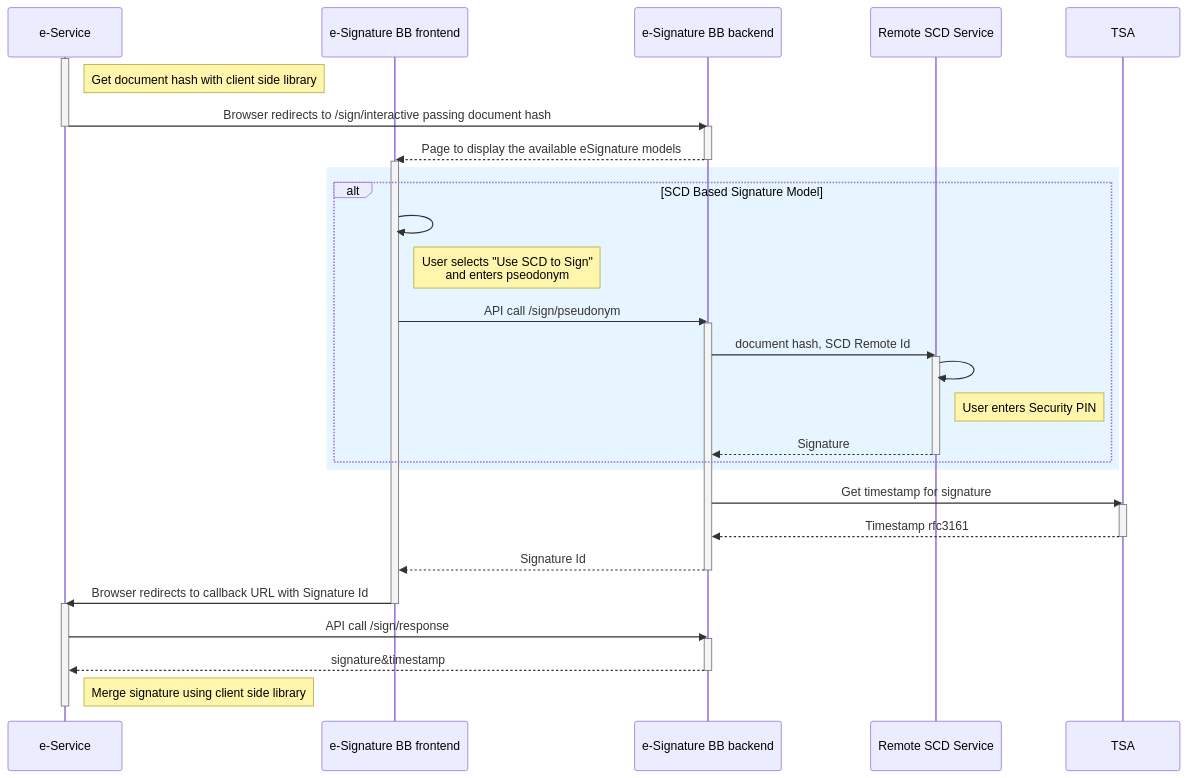
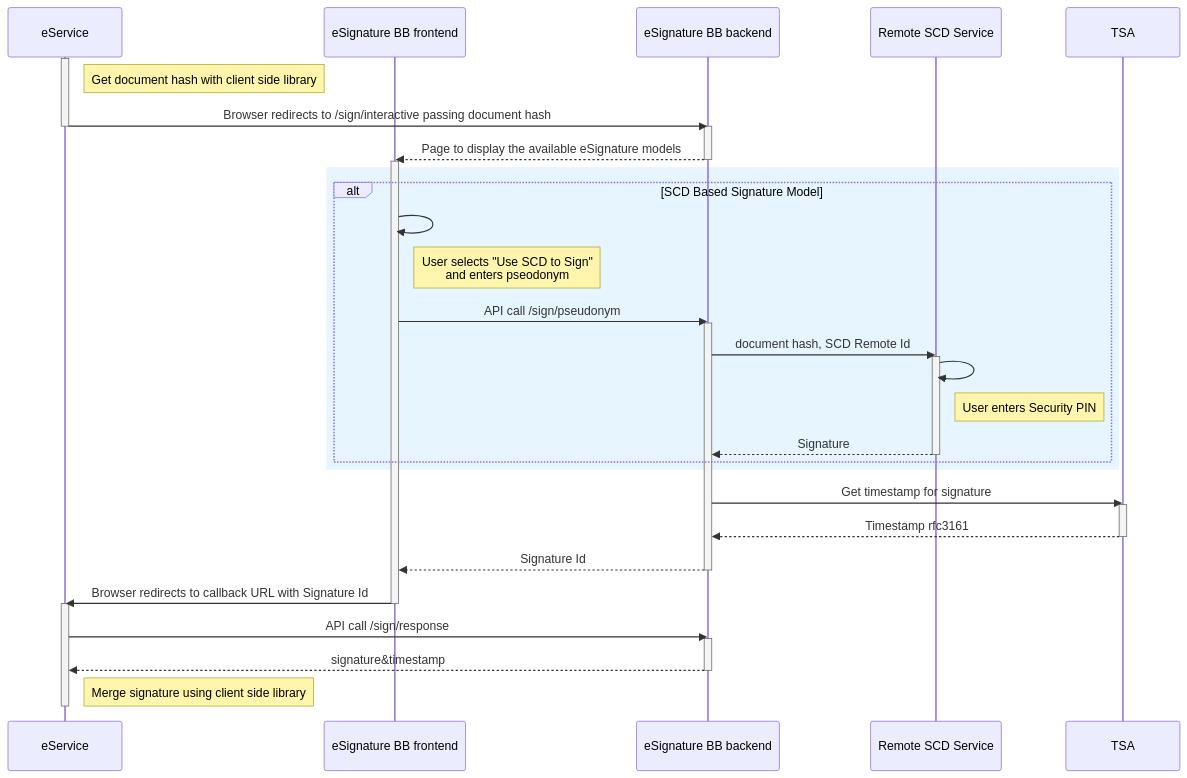
One commit to GovStackWorkingGroup/bb-esignature changed the third of 3 diagrams in spec/9-workflows.md. Above: the diagram before and after it, drawn with Mermaid. The commit also changed other lines of this file, not shown here.

````diff
--- a/spec/9-workflows.md
+++ b/spec/9-workflows.md
@@ -160,45 +146,45 @@
 ```mermaid
 sequenceDiagram
-    participant e-Service
-    participant e-Signature BB frontend
-    participant e-Signature BB backend
+    participant eService
+    participant eSignature BB frontend
+    participant eSignature BB backend
     participant Remote SCD Service
     participant TSA
-    activate e-Service
-    Note right of e-Service: Get document hash with client side library
-    e-Service->>e-Signature BB backend: Browser redirects to /sign/interactive passing document hash
-    deactivate e-Service
-    activate e-Signature BB backend
-    e-Signature BB backend-->>e-Signature BB frontend: Page to display the available eSignature models
-    deactivate e-Signature BB backend
-    activate e-Signature BB frontend
+    activate eService
+    Note right of eService: Get document hash with client side library
+    eService->>eSignature BB backend: Browser redirects to /sign/interactive passing document hash
+    deactivate eService
+    activate eSignature BB backend
+    eSignature BB backend-->>eSignature BB frontend: Page to display the available eSignature models
+    deactivate eSignature BB backend
+    activate eSignature BB frontend
     rect rgb(230, 245, 255)
     alt SCD Based Signature Model
-        e-Signature BB frontend->>e-Signature BB frontend: 
-        Note right of e-Signature BB frontend: User selects "Use SCD to Sign" <br> and enters pseodonym
-        e-Signature BB frontend->>e-Signature BB backend: API call /sign/pseudonym
-        activate e-Signature BB backend
-        e-Signature BB backend->>Remote SCD Service: document hash, SCD Remote Id
+        eSignature BB frontend->>eSignature BB frontend: 
+        Note right of eSignature BB frontend: User selects "Use SCD to Sign" <br> and enters pseodonym
+        eSignature BB frontend->>eSignature BB backend: API call /sign/pseudonym
+        activate eSignature BB backend
+        eSignature BB backend->>Remote SCD Service: document hash, SCD Remote Id
         activate Remote SCD Service
         Remote SCD Service->>Remote SCD Service: 
         Note right of Remote SCD Service: User enters Security PIN
-        Remote SCD Service-->>e-Signature BB backend: Signature
+        Remote SCD Service-->>eSignature BB backend: Signature
         deactivate Remote SCD Service
     end
     end
-    e-Signature BB backend->>TSA: Get timestamp for signature
+    eSignature BB backend->>TSA: Get timestamp for signature
     activate TSA
-    TSA-->>e-Signature BB backend: Timestamp rfc3161
+    TSA-->>eSignature BB backend: Timestamp rfc3161
     deactivate TSA
-    e-Signature BB backend-->>e-Signature BB frontend: Signature Id
-    deactivate e-Signature BB backend
-    e-Signature BB frontend->>e-Service: Browser redirects to callback URL with Signature Id
-    deactivate e-Signature BB frontend
-    activate e-Service
-    e-Service->>e-Signature BB backend: API call /sign/response
-    activate e-Signature BB backend
-    e-Signature BB backend-->>e-Service: signature&timestamp
-    deactivate e-Signature BB backend
-    Note right of e-Service: Merge signature using client side library
-    deactivate e-Service
+    eSignature BB backend-->>eSignature BB frontend: Signature Id
+    deactivate eSignature BB backend
+    eSignature BB frontend->>eService: Browser redirects to callback URL with Signature Id
+    deactivate eSignature BB frontend
+    activate eService
+    eService->>eSignature BB backend: API call /sign/response
+    activate eSignature BB backend
+    eSignature BB backend-->>eService: signature&timestamp
+    deactivate eSignature BB backend
+    Note right of eService: Merge signature using client side library
+    deactivate eService
 ```
````
